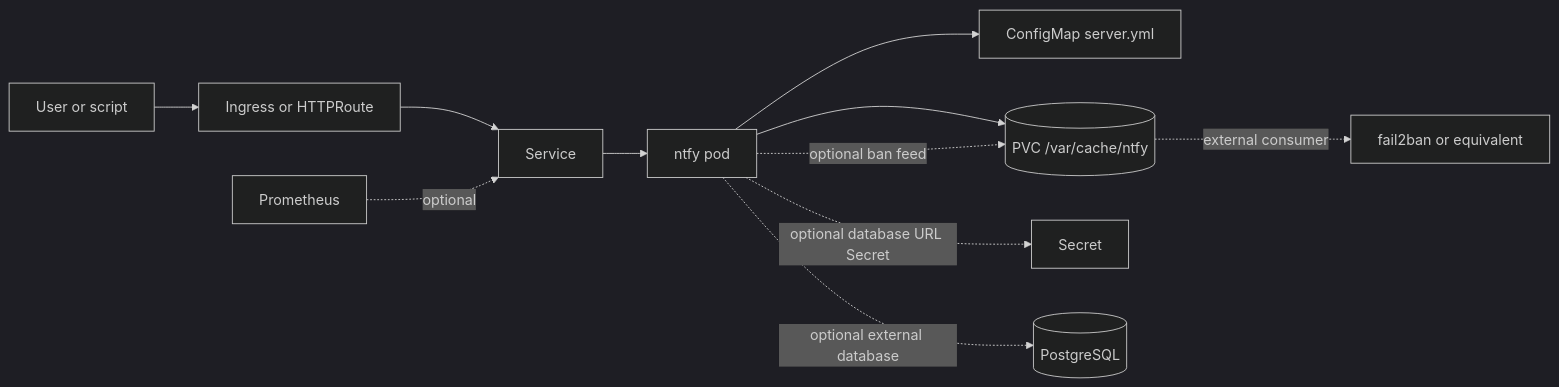
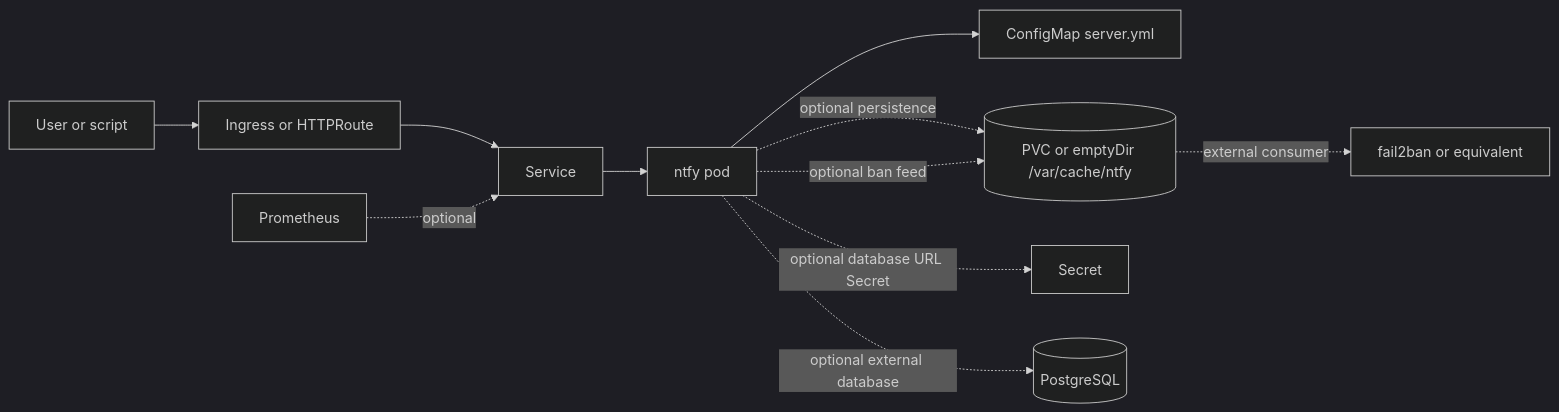
The diagram in charts/ntfy/DESIGN.md (helmforgedev/charts), drawn with Mermaid (dark theme) before and after one commit. The commit also changed 5 other files, not shown here.

````diff
--- a/charts/ntfy/DESIGN.md
+++ b/charts/ntfy/DESIGN.md
@@ -17,13 +17,13 @@
 ```mermaid
 flowchart LR
   user[User or script] --> route[Ingress or HTTPRoute]
   route --> svc[Service]
   svc --> pod[ntfy pod]
   pod --> cfg[ConfigMap server.yml]
-  pod --> pvc[(PVC /var/cache/ntfy)]
+  pod -. optional persistence .-> pvc[(PVC or emptyDir /var/cache/ntfy)]
   pod -. optional database URL Secret .-> secret[Secret]
   pod -. optional external database .-> postgres[(PostgreSQL)]
   pod -. optional ban feed .-> pvc
   pvc -. external consumer .-> ban[fail2ban or equivalent]
   prom[Prometheus] -. optional .-> svc
 ```
````
